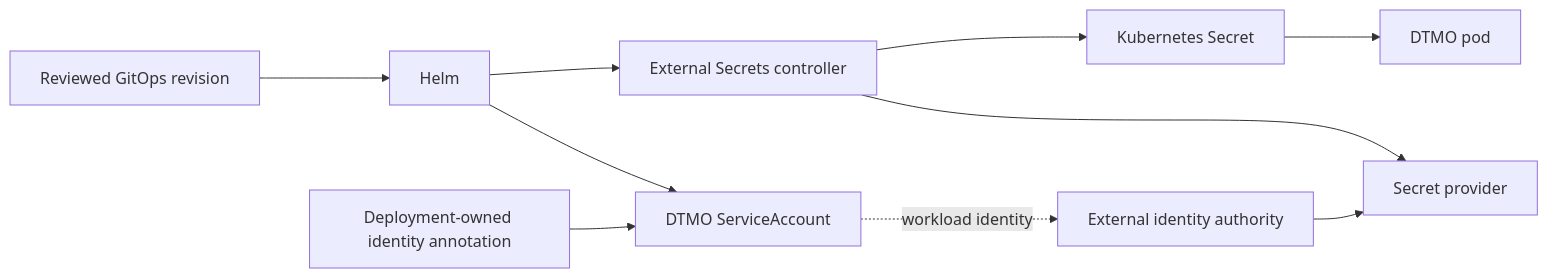
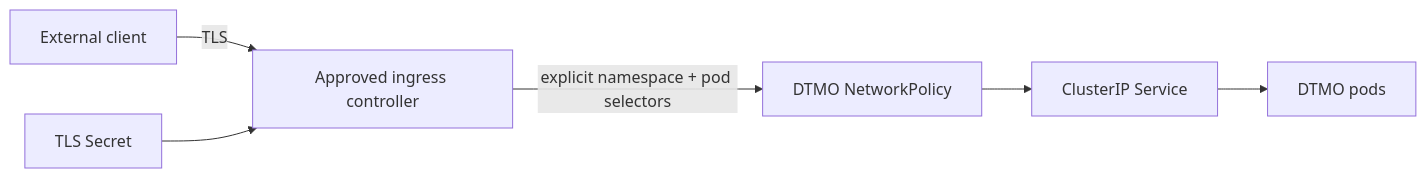
The second of 2 diagrams in docs/roadmap/PLATFORM_INDUSTRIALISATION_ROADMAP.md (GJvManen/dtmo), drawn with Mermaid before and after one commit. The commit also changed other lines of this file, not shown here.

Commit message:
Phase 11.8c: advance platform industrialisation roadmap

````diff
--- a/docs/roadmap/PLATFORM_INDUSTRIALISATION_ROADMAP.md
+++ b/docs/roadmap/PLATFORM_INDUSTRIALISATION_ROADMAP.md
@@ -97,12 +106,8 @@
 ```mermaid
 flowchart LR
-    G[Reviewed GitOps revision] --> H[Helm]
-    H --> SA[DTMO ServiceAccount]
-    A[Deployment-owned identity annotation] --> SA
-    SA -. workload identity .-> I[External identity authority]
-    I --> P[Secret provider]
-    E[External Secrets controller] --> P
-    H --> E
-    E --> S[Kubernetes Secret]
-    S --> D[DTMO pod]
+    C[External client] -->|TLS| I[Approved ingress controller]
+    I -->|explicit namespace + pod selectors| N[DTMO NetworkPolicy]
+    N --> S[ClusterIP Service]
+    S --> D[DTMO pods]
+    T[TLS Secret] --> I
 ```
````
